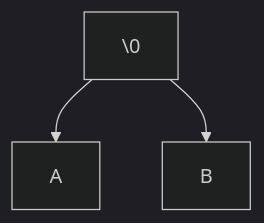
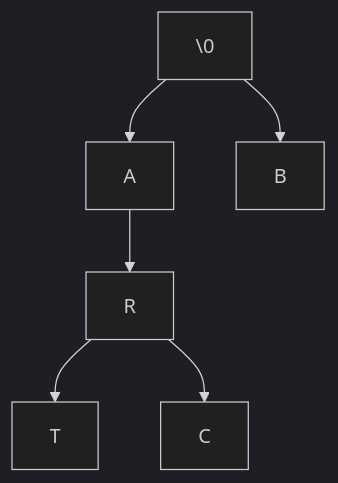
Before and after one commit to mmcnally1/arduino-projects: the diagram in morse-code/README.md, drawn with Mermaid (dark theme).

````diff
--- a/morse-code/README.md
+++ b/morse-code/README.md
@@ -9,5 +9,8 @@
 ```mermaid
 graph TD;
 \0 --> A
 \0 --> B
+A --> R
+R --> T
+R --> C
 ```
````
